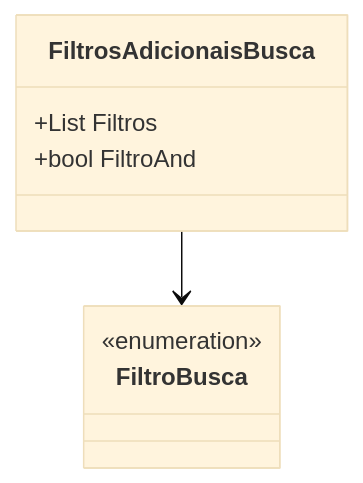
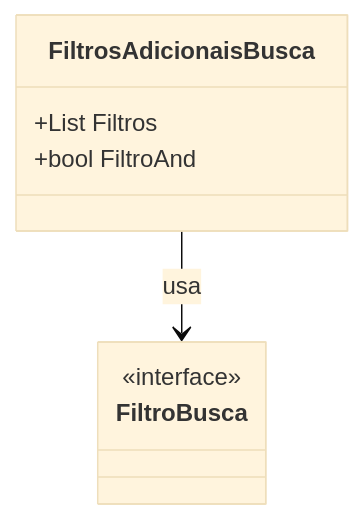
Before and after one commit to IsthmusSistemas/documentacao-tecnica: the diagram in docs/b2b-dominio/IsthmusWinthor.Nucleo/IsthmusWinthor.Dominio/POCO/PesquisaProdutos/FiltrosAdicionaisBusca.md, drawn with Mermaid (base theme). The commit also changed other lines of this file and 882 other files, not shown here.

````diff
--- a/docs/b2b-dominio/IsthmusWinthor.Nucleo/IsthmusWinthor.Dominio/POCO/PesquisaProdutos/FiltrosAdicionaisBusca.md
+++ b/docs/b2b-dominio/IsthmusWinthor.Nucleo/IsthmusWinthor.Dominio/POCO/PesquisaProdutos/FiltrosAdicionaisBusca.md
@@ -29,11 +21,12 @@
 ```mermaid
 classDiagram
     class FiltrosAdicionaisBusca {
         +List<FiltroBusca> Filtros
         +bool FiltroAnd
     }
     class FiltroBusca {
-        <<enumeration>>
+        <<interface>>
     }
-    FiltrosAdicionaisBusca --> FiltroBusca
-```
+    
+    FiltrosAdicionaisBusca --> FiltroBusca : usa
+``` 
````
